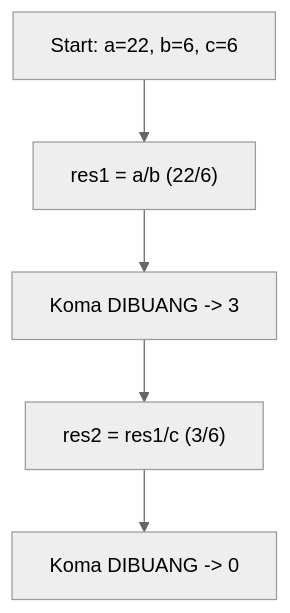
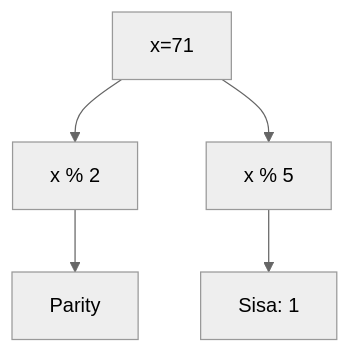
One commit to amnahwaida/OSNK_INF_PREP changed the eighth of 25 diagrams in part-c-pemahaman-cpp/01-tipe-data/latihan/set-07.md. Above: the diagram before and after it, drawn with Mermaid (neutral theme). The commit also changed other lines of this file and 71 other files, not shown here.

````diff
--- a/part-c-pemahaman-cpp/01-tipe-data/latihan/set-07.md
+++ b/part-c-pemahaman-cpp/01-tipe-data/latihan/set-07.md
@@ -207,7 +238,7 @@
 ```mermaid
 graph TD
-    A[Start: a=22, b=6, c=6] --> B["res1 = a/b (22/6)"]
-    B --> C["Koma DIBUANG -> 3"]
-    C --> D["res2 = res1/c (3/6)"]
-    D --> E["Koma DIBUANG -> 0"]
+A[x=71] --> B[x % 2]
+B --> C[Parity]
+A --> D[x % 5]
+D --> E[Sisa: 1]
 ```
````
